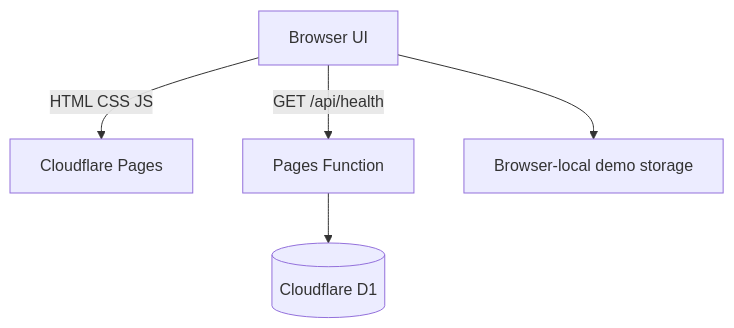
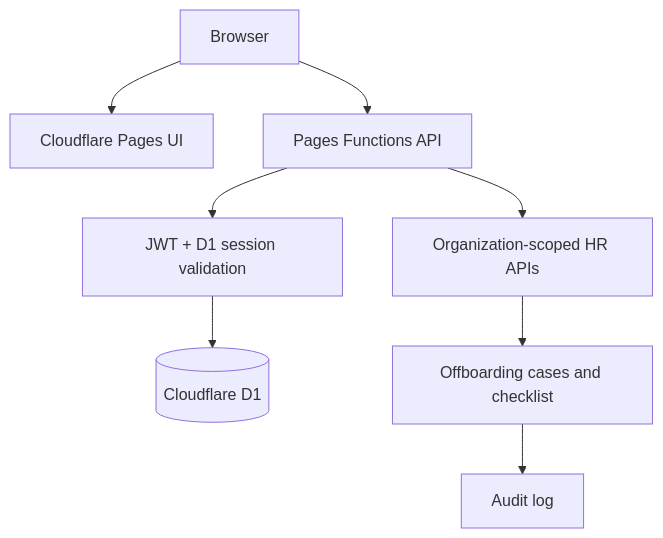
One commit to DevJel/jelhr-system changed the diagram in README.md. Above: the diagram before and after it, drawn with Mermaid. The commit also changed other lines of this file, not shown here.

Commit message:
Document JelHR authentication and offboarding architecture

````diff
--- a/README.md
+++ b/README.md
@@ -47,7 +116,10 @@
 ```mermaid
 flowchart TD
-  Browser[Browser UI] -->|HTML CSS JS| Pages[Cloudflare Pages]
-  Browser -->|GET /api/health| Function[Pages Function]
-  Function --> D1[(Cloudflare D1)]
-  Browser --> Local[Browser-local demo storage]
+  Browser --> Pages[Cloudflare Pages UI]
+  Browser --> Functions[Pages Functions API]
+  Functions --> Auth[JWT + D1 session validation]
+  Auth --> D1[(Cloudflare D1)]
+  Functions --> HR[Organization-scoped HR APIs]
+  HR --> Offboard[Offboarding cases and checklist]
+  Offboard --> Audit[Audit log]
 ```
````
